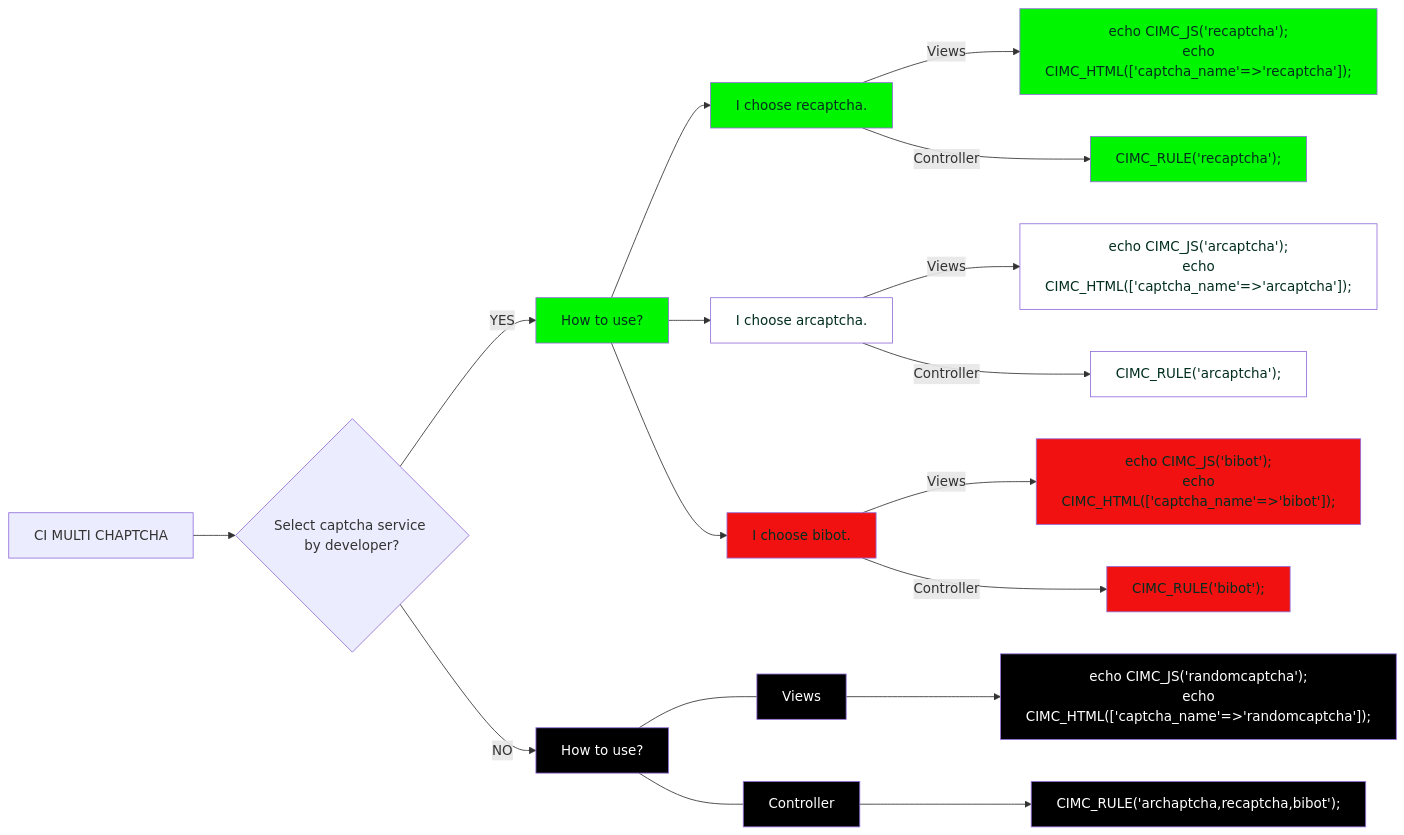
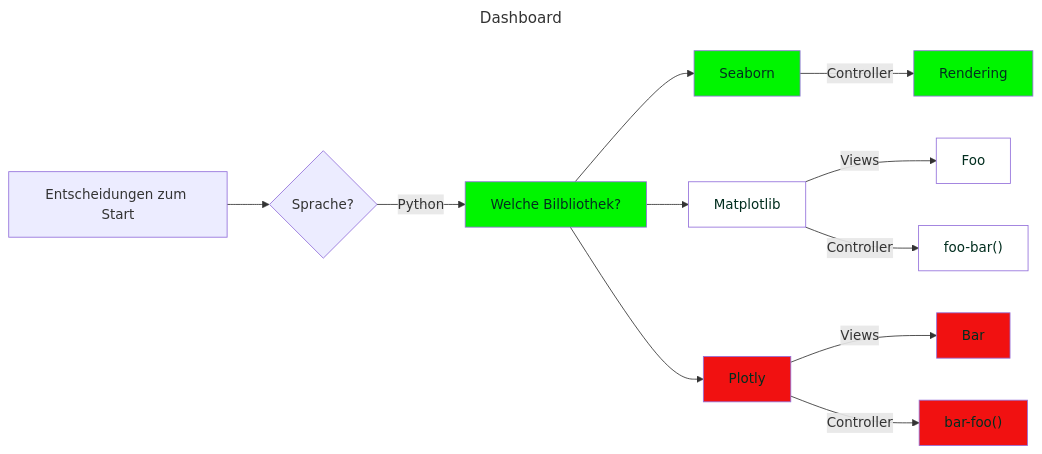
The diagram in src/flowc.md (SchrodtSven/Langelinie), drawn with Mermaid before and after one commit. The commit also changed 2 other files, not shown here.

Commit message:
Cleaning bot ...

````diff
--- a/src/flowc.md
+++ b/src/flowc.md
@@ -1,25 +1,26 @@
 ```mermaid
+---
+title: Dashboard
+---
  flowchart LR;
-      A[CI MULTI CHAPTCHA]-->B{Select captcha service by developer?};
+      A[Entscheidungen zum Start]-->B{Sprache?};
       classDef green color:#022e1f,fill:#00f500;
       classDef red color:#022e1f,fill:#f11111;
       classDef white color:#022e1f,fill:#fff;
       classDef black color:#fff,fill:#000;
-      B--YES-->C[How to use?]:::green;
+      B--Python-->C[Welche Bilbliothek?]:::green;  
+      C-->U[Seaborn]:::green;
+     
       
-      C-->U[I choose recaptcha.]:::green;
-      U--Views-->Q["echo CIMC_JS('recaptcha');\n echo CIMC_HTML(['captcha_name'=>'recaptcha']);"]:::green;
-      U--Controller-->W["CIMC_RULE('recaptcha');"]:::green;
+      U--Controller-->Views["Rendering"]:::green;
       
-      C-->I[I choose arcaptcha.]:::white;
-      I--Views-->O["echo CIMC_JS('arcaptcha');\n echo CIMC_HTML(['captcha_name'=>'arcaptcha']);"]:::white;
-      I--Controller-->P["CIMC_RULE('arcaptcha');"]:::white;
+      C-->I[Matplotlib]:::white;
+      I--Views-->O["Foo"]:::white;
+      I--Controller-->P["foo-bar()"]:::white;
       
-      C-->X[I choose bibot.]:::red;
-      X--Views-->V["echo CIMC_JS('bibot');\n echo CIMC_HTML(['captcha_name'=>'bibot']);"]:::red;
-      X--Controller-->N["CIMC_RULE('bibot');"]:::red;
+      C-->X[Plotly]:::red;
+      X--Views-->V["Bar"]:::red;
+      X--Controller-->N["bar-foo()"]:::red;
       
-      B--NO-->D[How to use?]:::black;
-      D---Views:::black-->F["echo CIMC_JS('randomcaptcha');\n echo CIMC_HTML(['captcha_name'=>'randomcaptcha']);"]:::black; 
-      D---Controller:::black-->T["CIMC_RULE('archaptcha,recaptcha,bibot');"]:::black;
+  
 ```
````
